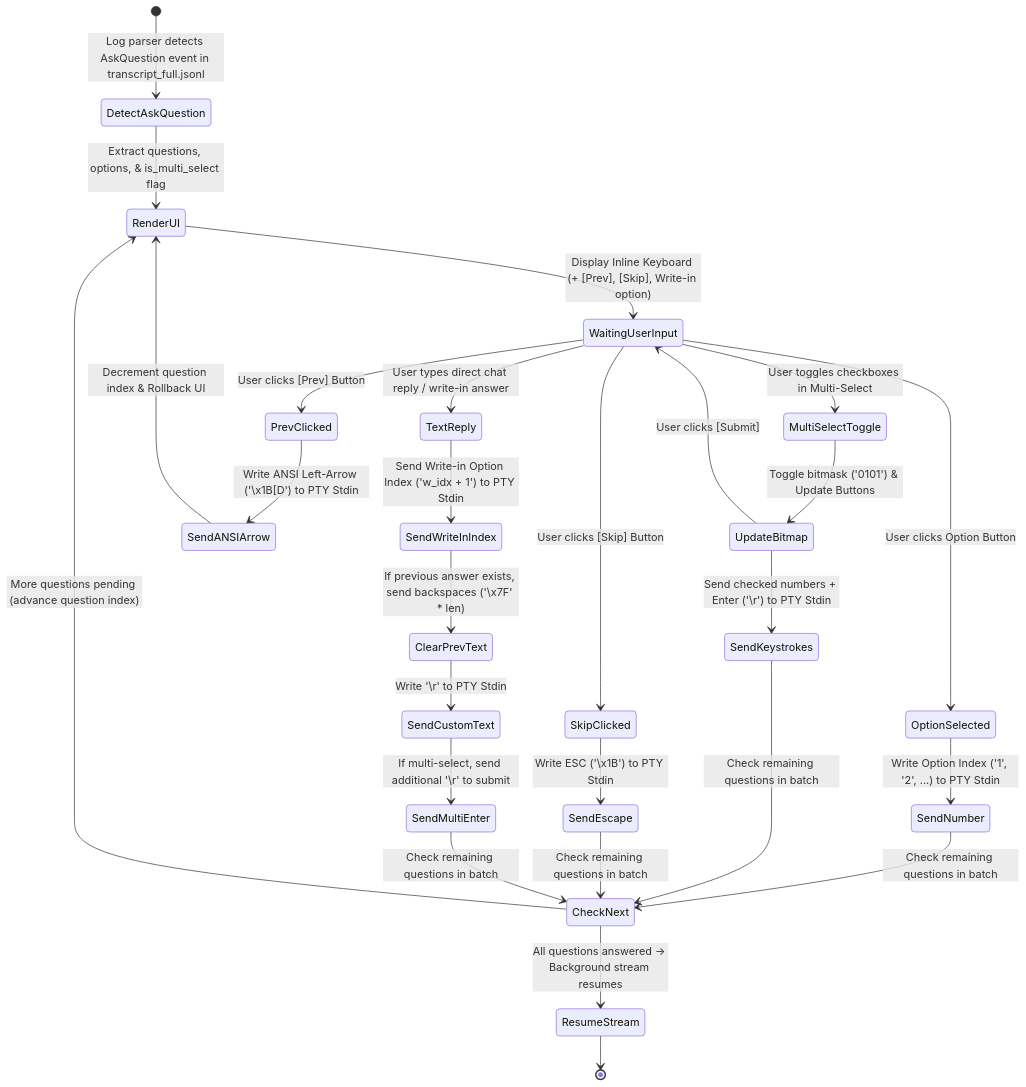
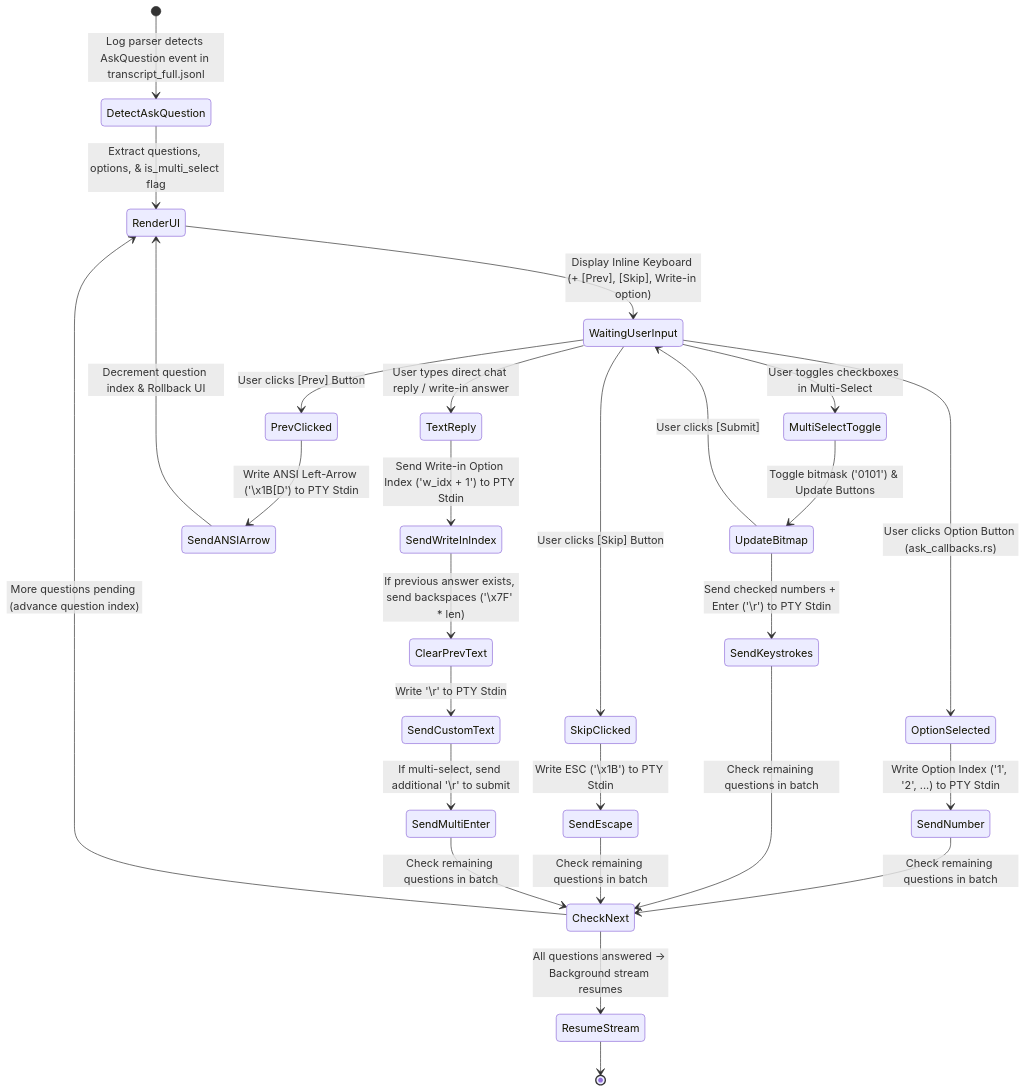
Before and after one commit to imwoo90/tuner: the third of 4 diagrams in README.md, drawn with Mermaid. The commit also changed other lines of this file, not shown here.

Commit message:
docs: update architecture specifications to Revision 3.0 via Socratic inquiry loop

````diff
--- a/README.md
+++ b/README.md
@@ -266,36 +254,36 @@
 ```mermaid
 stateDiagram-v2
     [*] --> DetectAskQuestion: Log parser detects AskQuestion event in transcript_full.jsonl
     DetectAskQuestion --> RenderUI: Extract questions, options, & is_multi_select flag
     RenderUI --> WaitingUserInput: Display Inline Keyboard (+ [Prev], [Skip], Write-in option)
 
-    WaitingUserInput --> OptionSelected: User clicks Option Button
+    WaitingUserInput --> OptionSelected: User clicks Option Button (ask_callbacks.rs)
     OptionSelected --> SendNumber: Write Option Index ('1', '2', ...) to PTY Stdin
     
     WaitingUserInput --> MultiSelectToggle: User toggles checkboxes in Multi-Select
     MultiSelectToggle --> UpdateBitmap: Toggle bitmask ('0101') & Update Buttons
     UpdateBitmap --> WaitingUserInput: User clicks [Submit]
     UpdateBitmap --> SendKeystrokes: Send checked numbers + Enter ('\r') to PTY Stdin
 
     WaitingUserInput --> PrevClicked: User clicks [Prev] Button
-    PrevClicked --> SendANSIArrow: Write ANSI Left-Arrow ('\\x1B[D') to PTY Stdin
+    PrevClicked --> SendANSIArrow: Write ANSI Left-Arrow ('\x1B[D') to PTY Stdin
     SendANSIArrow --> RenderUI: Decrement question index & Rollback UI
 
     WaitingUserInput --> SkipClicked: User clicks [Skip] Button
-    SkipClicked --> SendEscape: Write ESC ('\\x1B') to PTY Stdin
+    SkipClicked --> SendEscape: Write ESC ('\x1B') to PTY Stdin
 
     WaitingUserInput --> TextReply: User types direct chat reply / write-in answer
     TextReply --> SendWriteInIndex: Send Write-in Option Index ('w_idx + 1') to PTY Stdin
-    SendWriteInIndex --> ClearPrevText: If previous answer exists, send backspaces ('\\x7F' * len)
-    ClearPrevText --> SendCustomText: Write '<current_text>\\r' to PTY Stdin
-    SendCustomText --> SendMultiEnter: If multi-select, send additional '\\r' to submit
+    SendWriteInIndex --> ClearPrevText: If previous answer exists, send backspaces ('\x7F' * len)
+    ClearPrevText --> SendCustomText: Write '<current_text>\r' to PTY Stdin
+    SendCustomText --> SendMultiEnter: If multi-select, send additional '\r' to submit
 
     SendNumber --> CheckNext: Check remaining questions in batch
     SendKeystrokes --> CheckNext: Check remaining questions in batch
     SendEscape --> CheckNext: Check remaining questions in batch
     SendMultiEnter --> CheckNext: Check remaining questions in batch
 
     CheckNext --> RenderUI: More questions pending (advance question index)
     CheckNext --> ResumeStream: All questions answered -> Background stream resumes
     ResumeStream --> [*]
 ```
````
